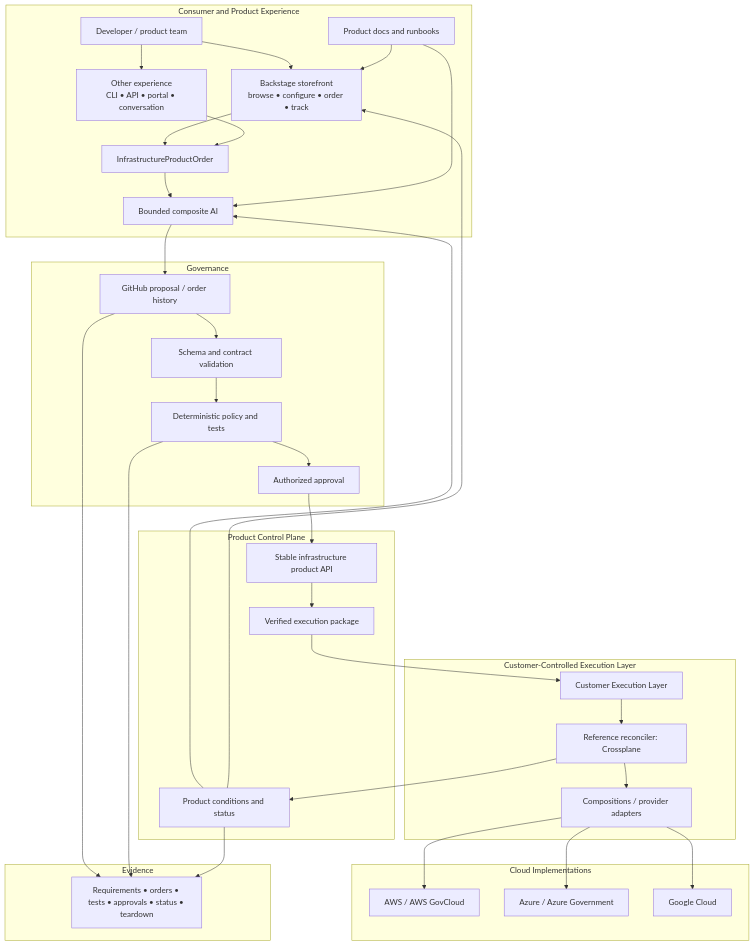
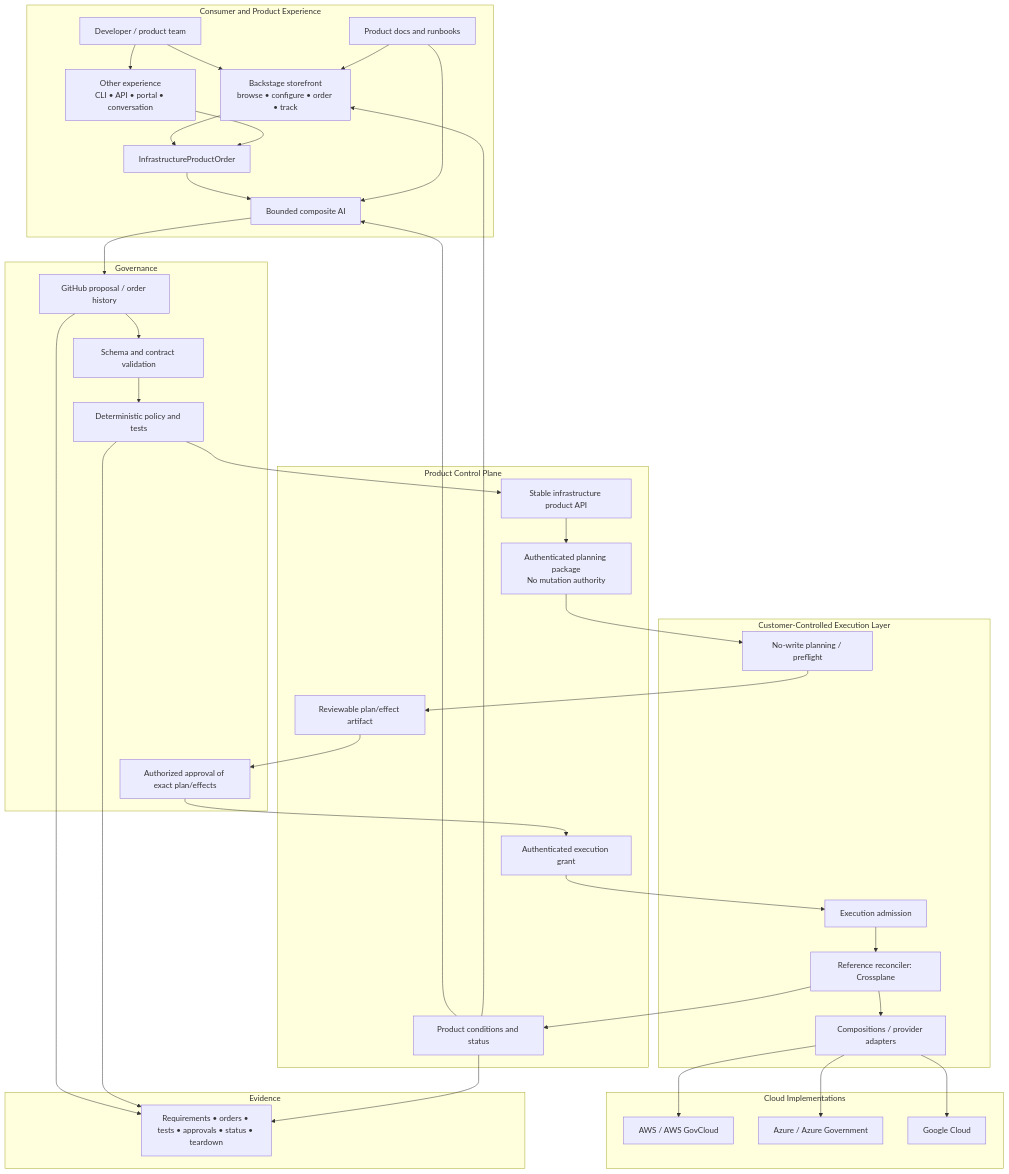
Before and after one commit to InfrastructureProductWorks/ai-powered-infrastructure-as-a-product: the first of 3 diagrams in docs/architecture/product-control-plane.md, drawn with Mermaid.

Commit message:
docs: plan before approval in product control architecture

````diff
--- a/docs/architecture/product-control-plane.md
+++ b/docs/architecture/product-control-plane.md
@@ -13,60 +13,65 @@
 ```mermaid
 flowchart TB
   subgraph Experience[Consumer and Product Experience]
     DEV[Developer / product team]
     STORE[Backstage storefront\nbrowse • configure • order • track]
     ALT[Other experience\nCLI • API • portal • conversation]
     ORDER[InfrastructureProductOrder]
     AI[Bounded composite AI]
     DOC[Product docs and runbooks]
 
     DEV --> STORE
     DEV --> ALT
     STORE --> ORDER
     ALT --> ORDER
     ORDER --> AI
     DOC --> STORE
     DOC --> AI
   end
 
   subgraph Governance[Governance]
     PR[GitHub proposal / order history]
     SCHEMA[Schema and contract validation]
     POLICY[Deterministic policy and tests]
-    HUMAN[Authorized approval]
-    AI --> PR --> SCHEMA --> POLICY --> HUMAN
+    HUMAN[Authorized approval of exact plan/effects]
+    AI --> PR --> SCHEMA --> POLICY
   end
 
   subgraph ControlPlane[Product Control Plane]
     API[Stable infrastructure product API]
-    PKG[Verified execution package]
+    PREQ[Authenticated planning package\nNo mutation authority]
+    PLAN[Reviewable plan/effect artifact]
+    GRANT[Authenticated execution grant]
     STATUS[Product conditions and status]
-    HUMAN --> API --> PKG
+    POLICY --> API --> PREQ
+    PLAN --> HUMAN --> GRANT
     STATUS --> AI
     STATUS --> STORE
   end
 
   subgraph CustomerExecution[Customer-Controlled Execution Layer]
-    CEL[Customer Execution Layer]
+    CELPLAN[No-write planning / preflight]
+    CELEXEC[Execution admission]
     XP[Reference reconciler: Crossplane]
     COMP[Compositions / provider adapters]
-    PKG --> CEL --> XP --> COMP
+    PREQ --> CELPLAN --> PLAN
+    GRANT --> CELEXEC --> XP --> COMP
     XP --> STATUS
   end
 
   subgraph Clouds[Cloud Implementations]
     AWS[AWS / AWS GovCloud]
     AZ[Azure / Azure Government]
     GCP[Google Cloud]
     COMP --> AWS
     COMP --> AZ
     COMP --> GCP
   end
 
   subgraph Evidence[Evidence]
     E[Requirements • orders • tests • approvals • status • teardown]
     PR --> E
     POLICY --> E
     STATUS --> E
   end
 ```
````
